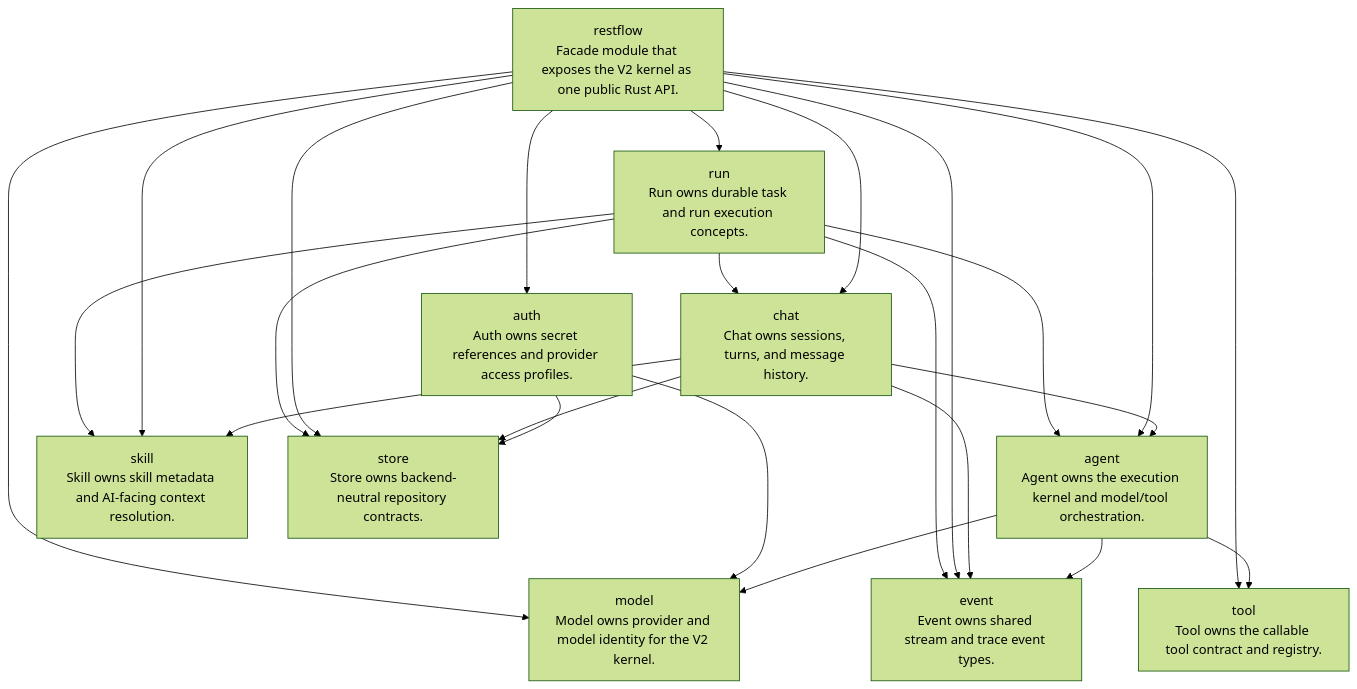
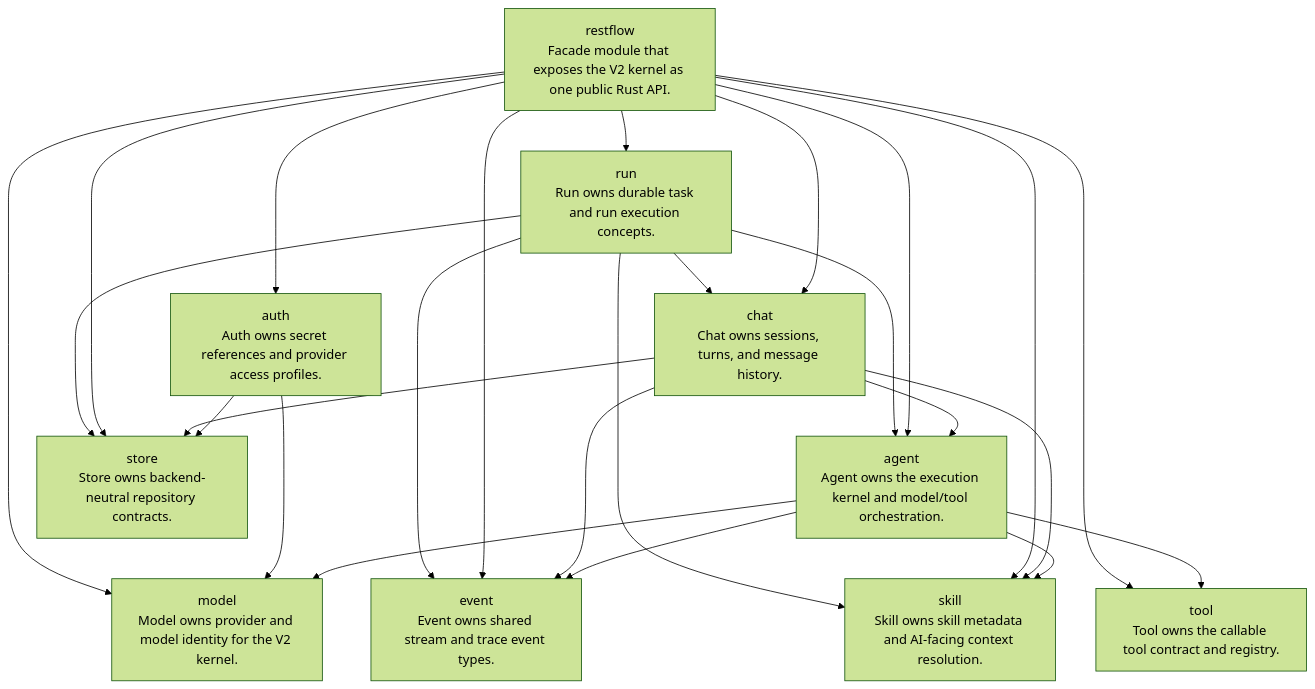
One commit to lhwzds/restflow changed the diagram in v2/docs/CODOCIA.md. Above: the diagram before and after it, drawn with Mermaid (forest theme). The commit also changed 10 other files, not shown here.

Commit message:
feat(v2): connect skill context to agent inputs

````diff
--- a/v2/docs/CODOCIA.md
+++ b/v2/docs/CODOCIA.md
@@ -7,36 +7,37 @@
 ```mermaid
 flowchart TD
   m_agent["agent<br/>Agent owns the execution kernel and model/tool orchestration."]
   m_auth["auth<br/>Auth owns secret references and provider access profiles."]
   m_chat["chat<br/>Chat owns sessions, turns, and message history."]
   m_event["event<br/>Event owns shared stream and trace event types."]
   m_model["model<br/>Model owns provider and model identity for the V2 kernel."]
   m_restflow["restflow<br/>Facade module that exposes the V2 kernel as one public Rust API."]
   m_run["run<br/>Run owns durable task and run execution concepts."]
   m_skill["skill<br/>Skill owns skill metadata and AI-facing context resolution."]
   m_store["store<br/>Store owns backend-neutral repository contracts."]
   m_tool["tool<br/>Tool owns the callable tool contract and registry."]
   m_agent --> m_event
   m_agent --> m_model
+  m_agent --> m_skill
   m_agent --> m_tool
   m_auth --> m_model
   m_auth --> m_store
   m_chat --> m_agent
   m_chat --> m_event
   m_chat --> m_skill
   m_chat --> m_store
   m_restflow --> m_agent
   m_restflow --> m_auth
   m_restflow --> m_chat
   m_restflow --> m_event
   m_restflow --> m_model
   m_restflow --> m_run
   m_restflow --> m_skill
   m_restflow --> m_store
   m_restflow --> m_tool
   m_run --> m_agent
   m_run --> m_chat
   m_run --> m_event
   m_run --> m_skill
   m_run --> m_store
 ```
````
